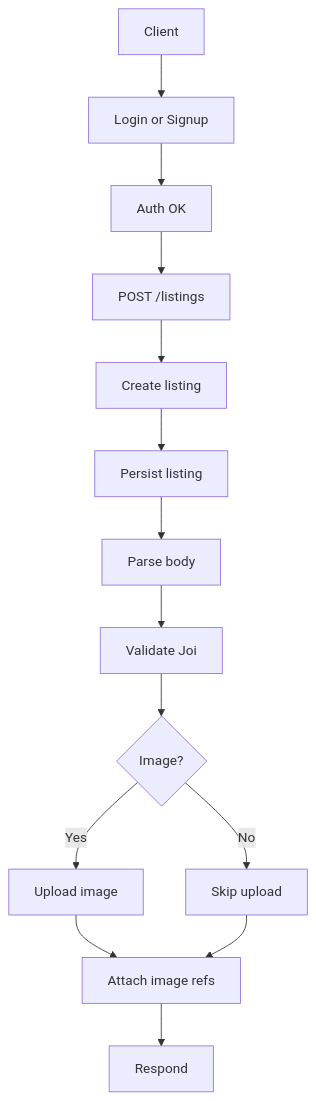
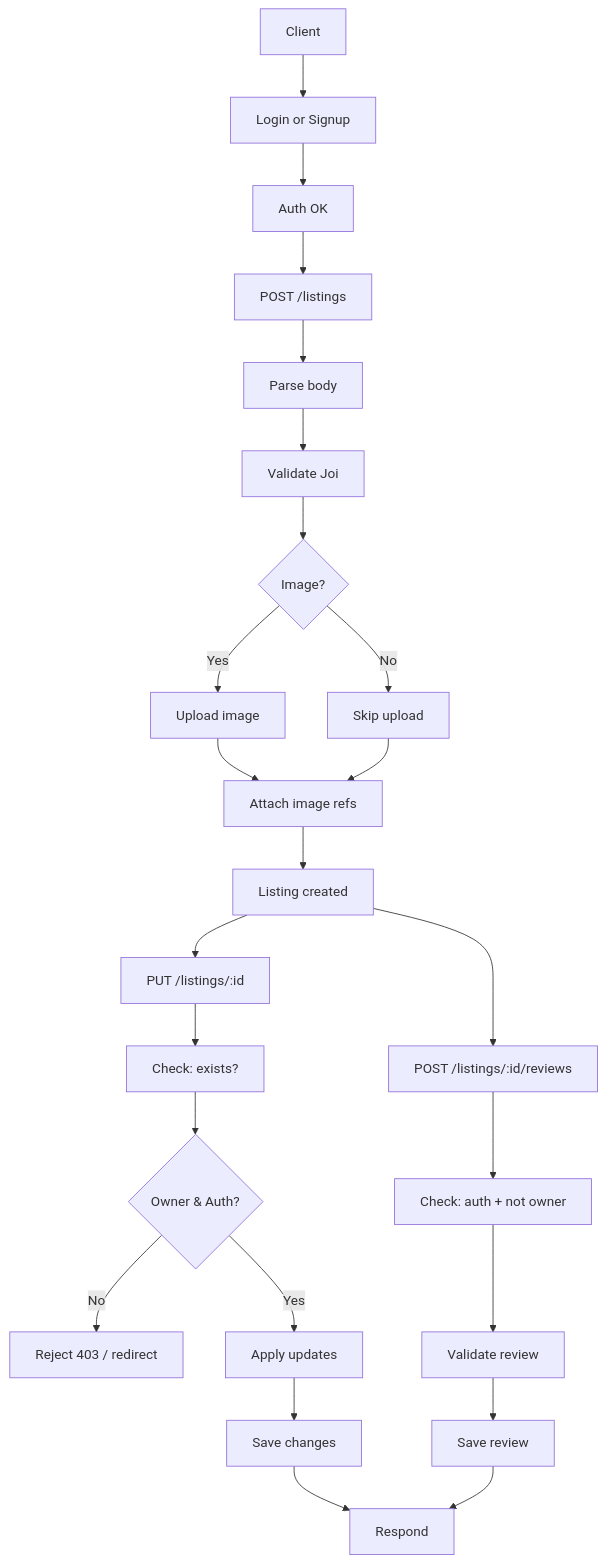
Before and after one commit to rootcode-creator/commercial-home-rent: the diagram in README.md, drawn with Mermaid. The commit also changed other lines of this file, not shown here.

````diff
--- a/README.md
+++ b/README.md
@@ -203,16 +199,26 @@
 ```mermaid
 flowchart TD
     A[Client] --> B[Login or Signup]
     B --> C[Auth OK]
     C --> D[POST /listings]
-    D --> G[Create listing]
-    G --> H[Persist listing]
-    H --> E[Parse body]
+    D --> E[Parse body]
     E --> F[Validate Joi]
     F --> I{Image?}
     I -->|Yes| J[Upload image]
     I -->|No| L[Skip upload]
     J --> K[Attach image refs]
     L --> K
-    K --> M[Respond]
+    K --> M[Listing created]
+    M --> N[PUT /listings/:id]
+    N --> O[Check: exists?]
+    O --> P{Owner & Auth?}
+    P -->|No| Q[Reject 403 / redirect]
+    P -->|Yes| R[Apply updates]
+    R --> S[Save changes]
+    M --> T[POST /listings/:id/reviews]
+    T --> U[Check: auth + not owner]
+    U --> V[Validate review]
+    V --> W[Save review]
+    W --> X[Respond]
+    S --> X[Respond]
 ```
````
